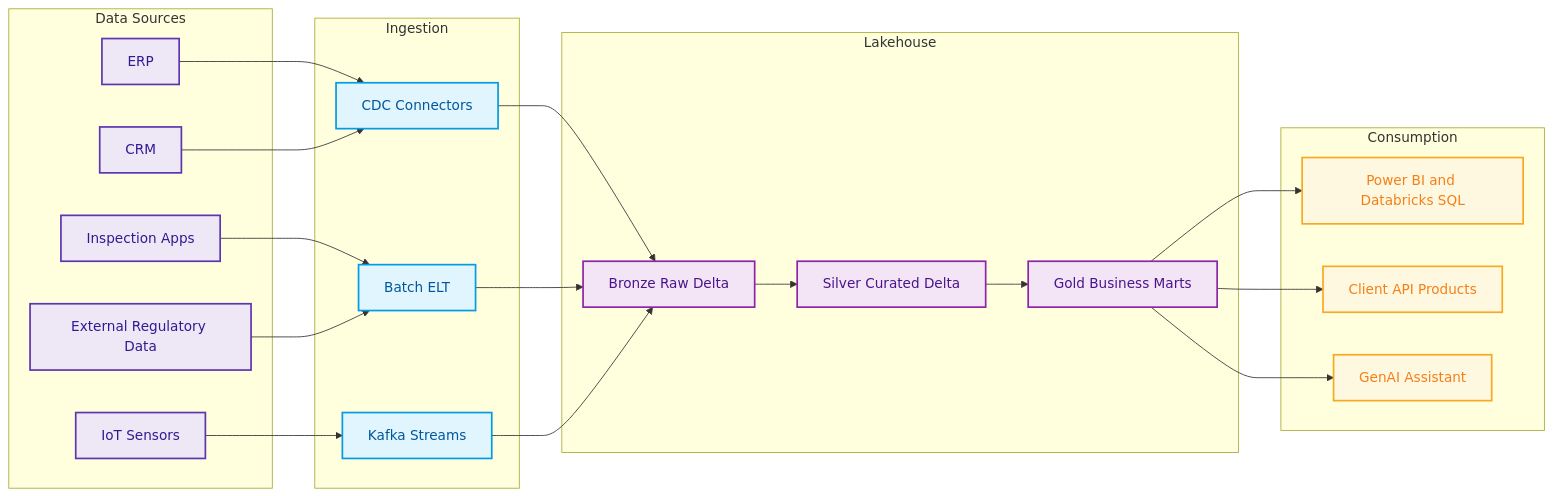
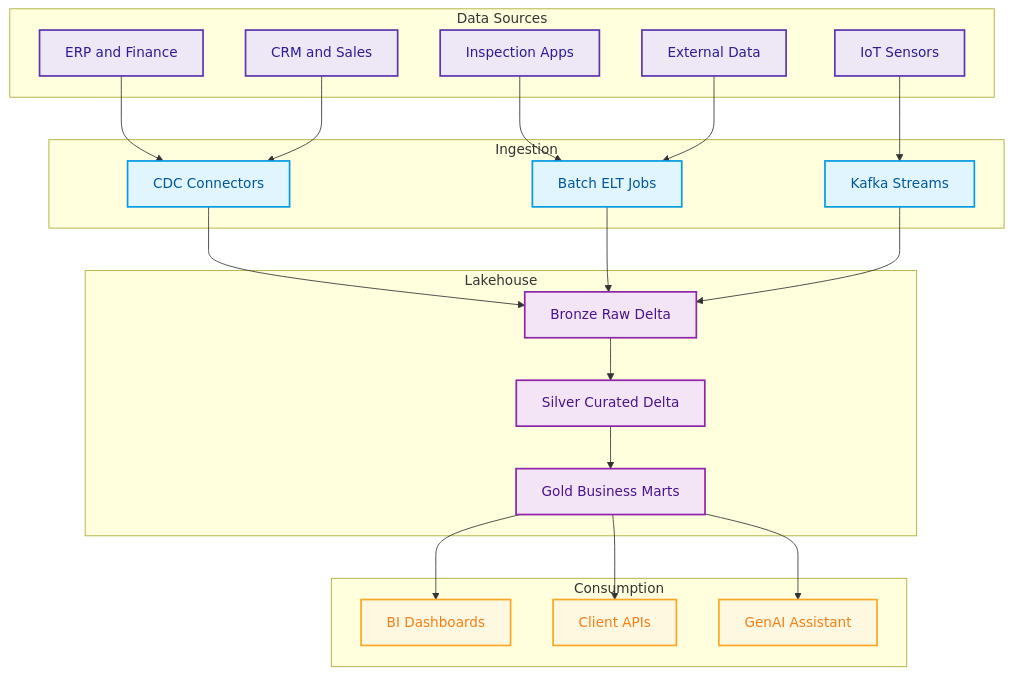
One commit to willtran112358/socotec-client-data-solution changed the third of 10 diagrams in README.md. Above: the diagram before and after it, drawn with Mermaid. The commit also changed other lines of this file, not shown here.

First line of the commit message:
Improve Mermaid readability with vertical layouts.

````diff
--- a/README.md
+++ b/README.md
@@ -106,50 +106,50 @@
 ```mermaid
-flowchart LR
+flowchart TB
     subgraph S1[Data Sources]
-        ERP[ERP]
-        CRM[CRM]
+        ERP[ERP and Finance]
+        CRM[CRM and Sales]
         IOT[IoT Sensors]
         APP[Inspection Apps]
-        EXT[External Regulatory Data]
+        EXT[External Data]
     end
 
     subgraph S2[Ingestion]
         CDC[CDC Connectors]
-        BATCH[Batch ELT]
+        BATCH[Batch ELT Jobs]
         STREAM[Kafka Streams]
     end
 
     subgraph S3[Lakehouse]
         BRONZE[Bronze Raw Delta]
         SILVER[Silver Curated Delta]
         GOLD[Gold Business Marts]
     end
 
     subgraph S4[Consumption]
-        BI[Power BI and Databricks SQL]
-        API[Client API Products]
+        BI[BI Dashboards]
+        API[Client APIs]
         GENAI[GenAI Assistant]
     end
 
     ERP --> CDC
     CRM --> CDC
     IOT --> STREAM
     APP --> BATCH
     EXT --> BATCH
     CDC --> BRONZE
     BATCH --> BRONZE
     STREAM --> BRONZE
     BRONZE --> SILVER --> GOLD
     GOLD --> BI
     GOLD --> API
     GOLD --> GENAI
 
     classDef src fill:#EDE7F6,stroke:#5E35B1,stroke-width:2px,color:#311B92;
     classDef ing fill:#E1F5FE,stroke:#039BE5,stroke-width:2px,color:#01579B;
     classDef med fill:#F3E5F5,stroke:#8E24AA,stroke-width:2px,color:#4A148C;
     classDef con fill:#FFF8E1,stroke:#F9A825,stroke-width:2px,color:#F57F17;
     class ERP,CRM,IOT,APP,EXT src;
     class CDC,BATCH,STREAM ing;
     class BRONZE,SILVER,GOLD med;
     class BI,API,GENAI con;
 ```
````
